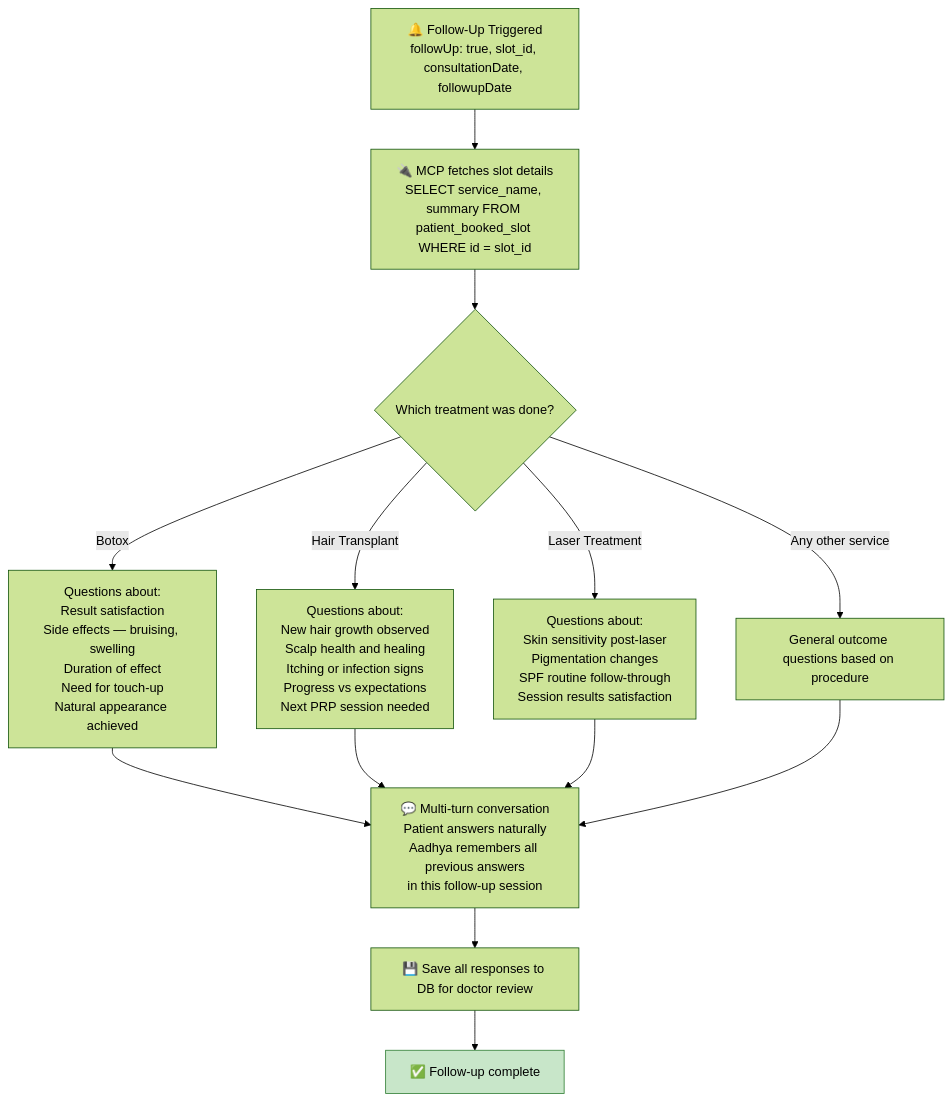
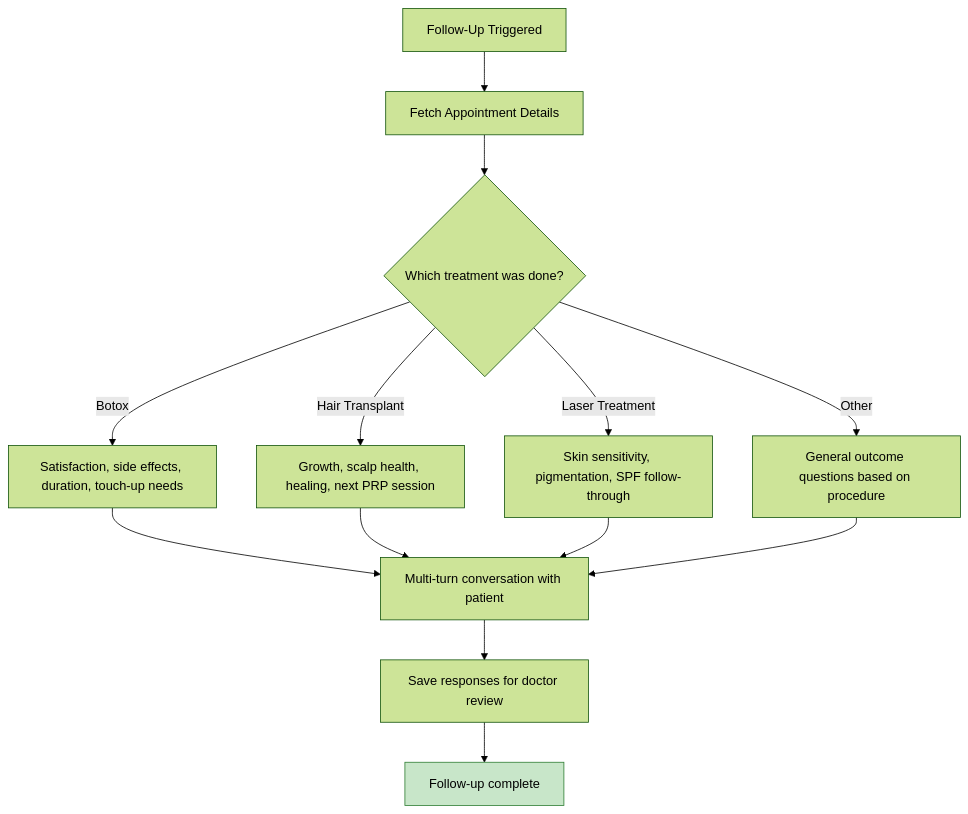
The ninth of 16 diagrams in README.md (harshbhaskerwar/markdown-tests), drawn with Mermaid (forest theme) before and after one commit. The commit also changed other lines of this file, not shown here.

````diff
--- a/README.md
+++ b/README.md
@@ -457,22 +415,20 @@
 ```mermaid
 flowchart TD
-    TRIGGER["🔔 Follow-Up Triggered\nfollowUp: true, slot_id, consultationDate, followupDate"]
+    TRIGGER["Follow-Up Triggered"] --> FETCH["Fetch Appointment Details"]
+    FETCH --> SERVICE{"Which treatment was done?"}
 
-    TRIGGER --> FETCH["🔌 MCP fetches slot details\nSELECT service_name, summary FROM patient_booked_slot WHERE id = slot_id"]
+    SERVICE -->|"Botox"| BOT_Q["Satisfaction, side effects, duration, touch-up needs"]
+    SERVICE -->|"Hair Transplant"| HAIR_Q["Growth, scalp health, healing, next PRP session"]
+    SERVICE -->|"Laser Treatment"| LASER_Q["Skin sensitivity, pigmentation, SPF follow-through"]
+    SERVICE -->|"Other"| GEN_Q["General outcome questions based on procedure"]
 
-    FETCH --> SERVICE{"Which treatment was done?"}
-    SERVICE -->|"Botox"| BOT_Q["Questions about:\nResult satisfaction\nSide effects — bruising, swelling\nDuration of effect\nNeed for touch-up\nNatural appearance achieved"]
-    SERVICE -->|"Hair Transplant"| HAIR_Q["Questions about:\nNew hair growth observed\nScalp health and healing\nItching or infection signs\nProgress vs expectations\nNext PRP session needed"]
-    SERVICE -->|"Laser Treatment"| LASER_Q["Questions about:\nSkin sensitivity post-laser\nPigmentation changes\nSPF routine follow-through\nSession results satisfaction"]
-    SERVICE -->|"Any other service"| GEN_Q["General outcome questions based on procedure"]
-
-    BOT_Q --> CHAT["💬 Multi-turn conversation\nPatient answers naturally\nAadhya remembers all previous answers\nin this follow-up session"]
+    BOT_Q --> CHAT["Multi-turn conversation with patient"]
     HAIR_Q --> CHAT
     LASER_Q --> CHAT
     GEN_Q --> CHAT
 
-    CHAT --> SAVE["💾 Save all responses to DB for doctor review"]
-    SAVE --> DONE["✅ Follow-up complete"]
+    CHAT --> SAVE["Save responses for doctor review"]
+    SAVE --> DONE["Follow-up complete"]
 
     style DONE fill:#c8e6c9,stroke:#2e7d32
 ```
````
